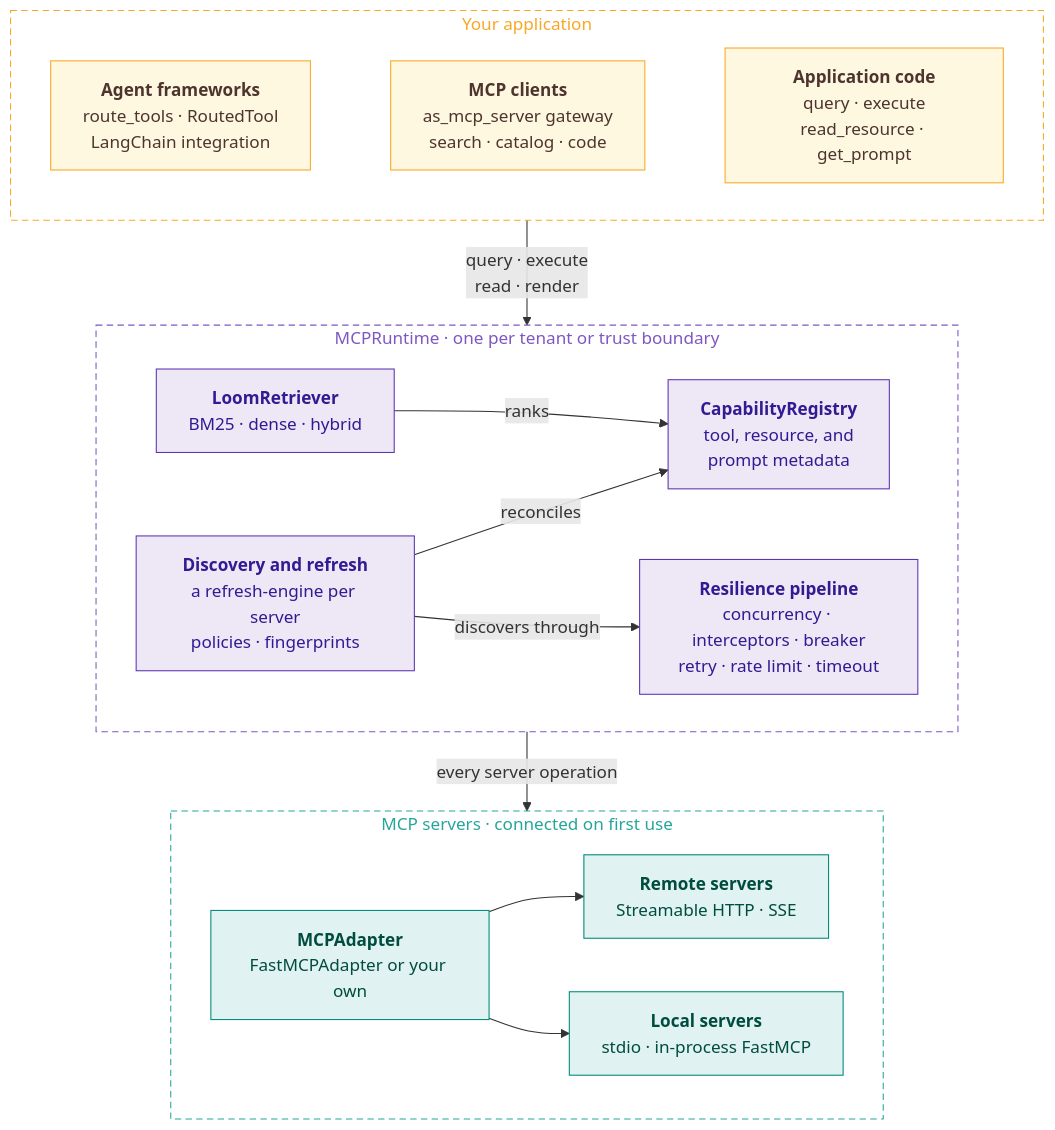
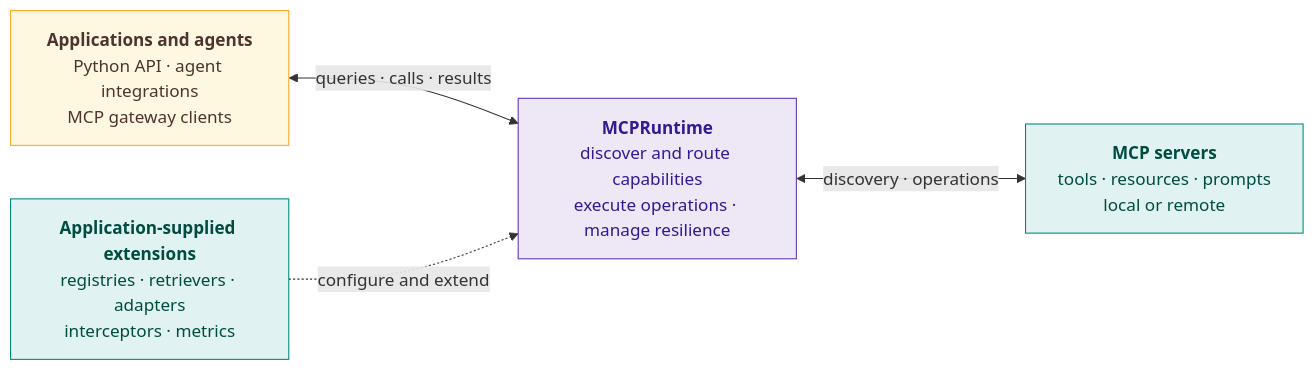
One commit to smuniharish/mcp-capabilty-router changed the diagram in docs/assets/diagrams/architecture.mmd. Above: the diagram before and after it, drawn with Mermaid. The commit also changed 31 other files, not shown here.

Commit message:
chore: prepare 2.0.1 and refine public architecture

```diff
--- a/docs/assets/diagrams/architecture.mmd
+++ b/docs/assets/diagrams/architecture.mmd
@@ -1,41 +1,16 @@
-flowchart TB
-    subgraph application["Your application"]
-        direction LR
-        agents["<b>Agent frameworks</b><br/>route_tools · RoutedTool<br/>LangChain integration"]
-        workflows["<b>MCP clients</b><br/>as_mcp_server gateway<br/>search · catalog · code"]
-        code["<b>Application code</b><br/>query · execute<br/>read_resource · get_prompt"]
-            agents ~~~ workflows ~~~ code
-        end
+flowchart LR
+    application["<b>Applications and agents</b><br/>Python API · agent integrations<br/>MCP gateway clients"]
+    runtime["<b>MCPRuntime</b><br/>discover and route capabilities<br/>execute operations · manage resilience"]
+    servers["<b>MCP servers</b><br/>tools · resources · prompts<br/>local or remote"]
+    extensions["<b>Application-supplied extensions</b><br/>registries · retrievers · adapters<br/>interceptors · metrics"]
 
-    subgraph runtime["MCPRuntime · one per tenant or trust boundary"]
-        direction LR
-        refresh["<b>Discovery and refresh</b><br/>a refresh-engine per server<br/>policies · fingerprints"]
-        registry["<b>CapabilityRegistry</b><br/>tool, resource, and<br/>prompt metadata"]
-        retriever["<b>LoomRetriever</b><br/>BM25 · dense · hybrid"]
-        pipeline["<b>Resilience pipeline</b><br/>concurrency · interceptors · breaker<br/>retry · rate limit · timeout"]
-        refresh -- reconciles --> registry
-        retriever -- ranks --> registry
-        refresh -- discovers through --> pipeline
-    end
+    application <-->|"queries · calls · results"| runtime
+    runtime <-->|"discovery · operations"| servers
+    extensions -.->|"configure and extend"| runtime
 
-    subgraph servers["MCP servers · connected on first use"]
-        direction LR
-        adapter["<b>MCPAdapter</b><br/>FastMCPAdapter or your own"]
-        remote["<b>Remote servers</b><br/>Streamable HTTP · SSE"]
-        local["<b>Local servers</b><br/>stdio · in-process FastMCP"]
-        adapter --> remote
-        adapter --> local
-    end
-
-    application -- "query · execute<br/>read · render" --> runtime
-    runtime -- "every server operation" --> servers
-
+    classDef app fill:#fff8e1,stroke:#f9a825,color:#4e342e
     classDef core fill:#ede7f6,stroke:#5e35b1,color:#311b92
-    classDef app fill:#fff8e1,stroke:#f9a825,color:#4e342e
     classDef external fill:#e0f2f1,stroke:#00897b,color:#004d40
-    class refresh,registry,retriever,pipeline core
-    class agents,workflows,code app
-    class adapter,remote,local external
-    style application fill:none,stroke:#f9a825,stroke-dasharray:6 4,color:#f9a825
-    style runtime fill:none,stroke:#7e57c2,stroke-dasharray:6 4,color:#7e57c2
-    style servers fill:none,stroke:#26a69a,stroke-dasharray:6 4,color:#26a69a
+    class application app
+    class runtime core
+    class servers,extensions external
```
